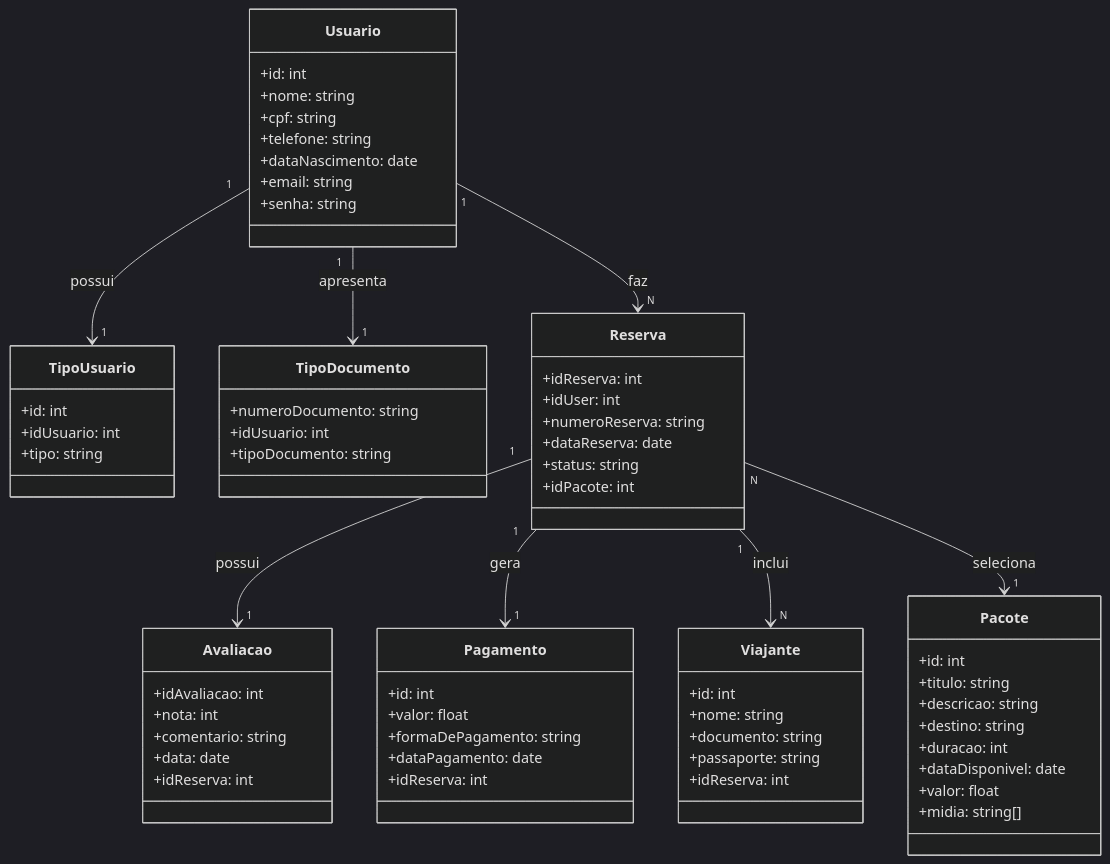
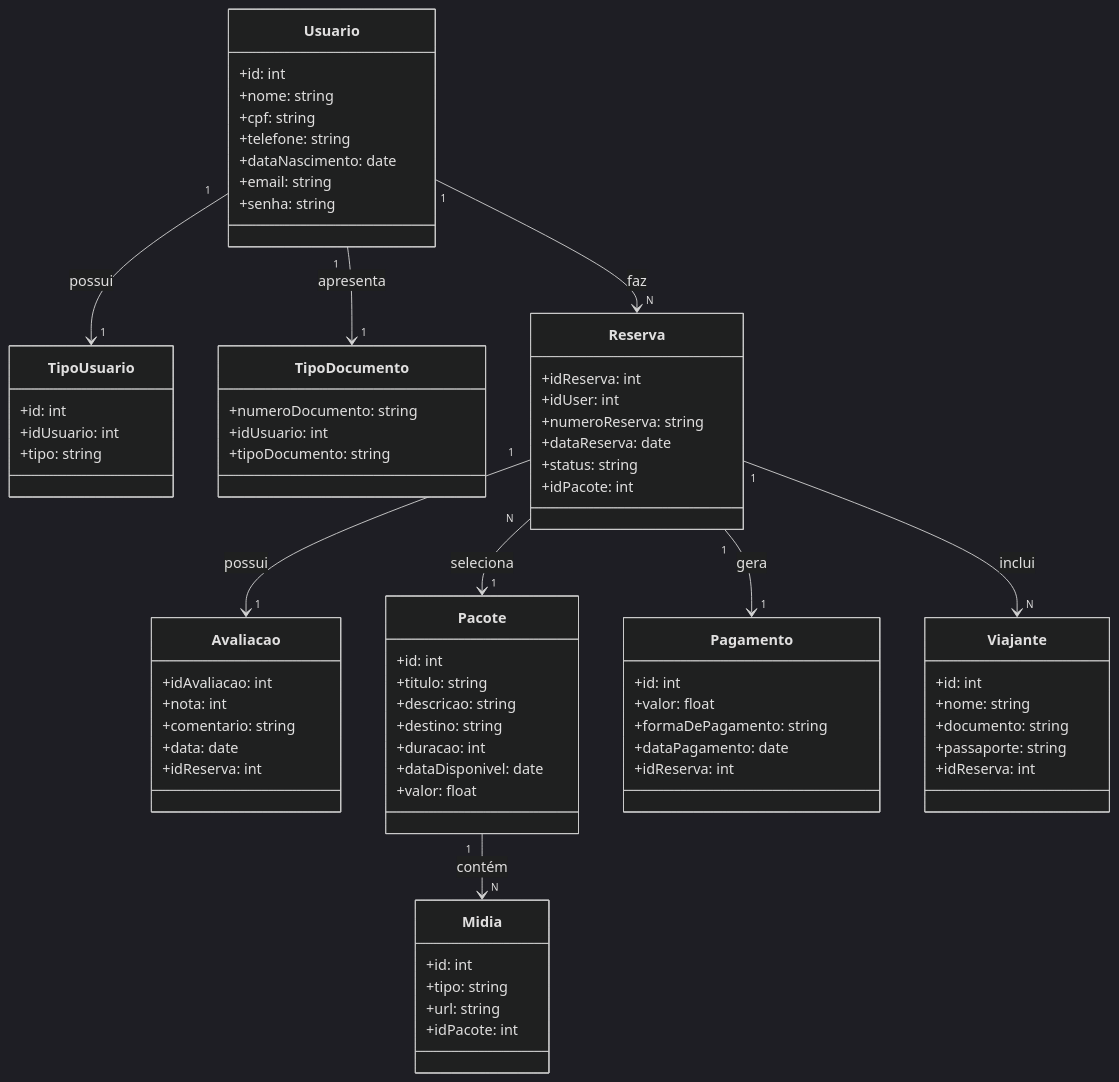
The diagram in README.md (JuliaaSilv/Sistema-De-Viagem), drawn with Mermaid (dark theme) before and after one commit.

````diff
--- a/README.md
+++ b/README.md
@@ -2,8 +2,5 @@
 ```mermaid
-
 classDiagram
-
-%% ========= CLASSES =========
 
 class Usuario {
   +id: int
@@ -52,7 +49,13 @@
   +duracao: int
   +dataDisponivel: date
   +valor: float
-  +midia: string[]
+}
+
+class Midia {
+  +id: int
+  +tipo: string
+  +url: string
+  +idPacote: int
 }
 
 class Pagamento {
@@ -82,5 +85,7 @@
 Reserva "1" --> "N" Viajante : inclui
 Reserva "N" --> "1" Pacote : seleciona
 
+Pacote "1" --> "N" Midia : contém
+
 
 ```
````
